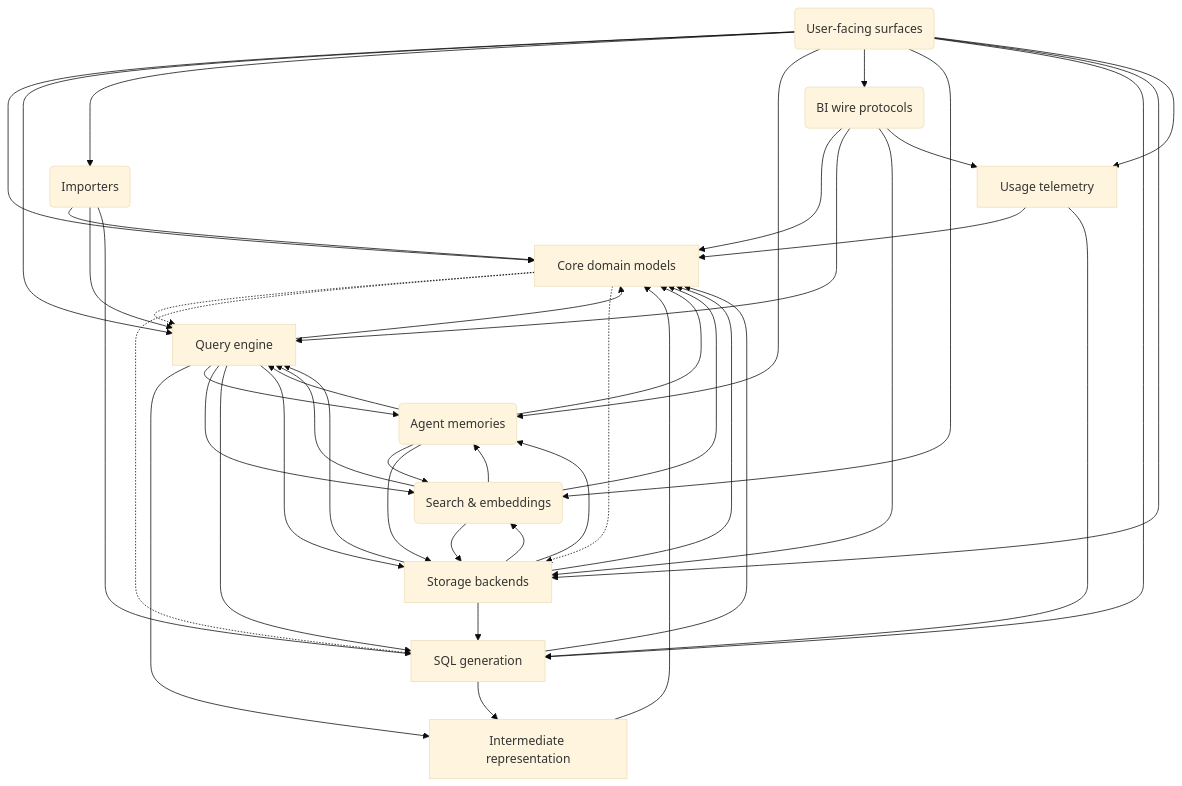
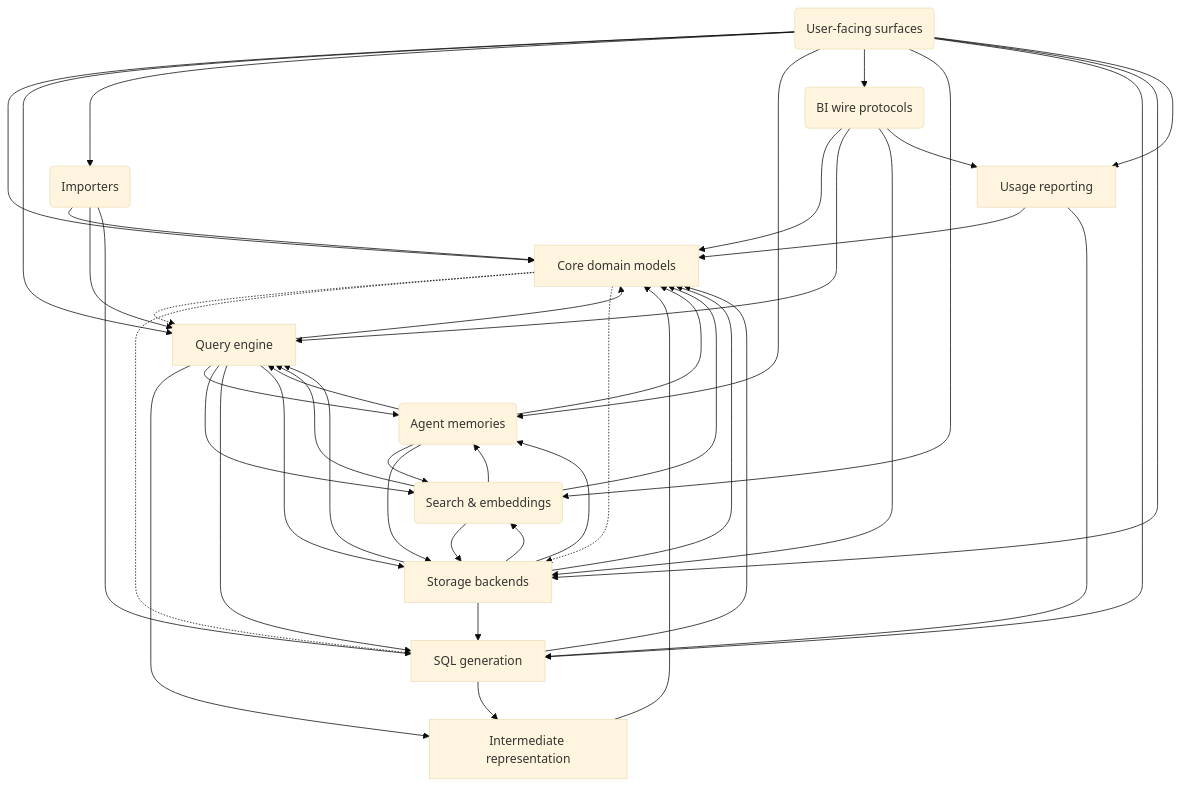
The diagram in architecture/system.arc42.md (MotleyAI/slayer), drawn with Mermaid (base theme) before and after one commit. The commit also changed other lines of this file and 41 other files, not shown here.

First line of the commit message:
Rename telemetry to usage reporting

````diff
--- a/architecture/system.arc42.md
+++ b/architecture/system.arc42.md
@@ -17,58 +17,58 @@
 ```mermaid
 flowchart TD
   %% landscape: SLayer landscape
   core["Core domain models"]
   sql["SQL generation"]
   engine["Query engine"]
   ir["Intermediate representation"]
   storage["Storage backends"]
   importers("Importers")
   search("Search & embeddings")
   memories("Agent memories")
   protocols("BI wire protocols")
-  telemetry["Usage telemetry"]
+  usage_reporting["Usage reporting"]
   surfaces("User-facing surfaces")
   core -.-> engine
   core -.-> sql
   core -.-> storage
   engine --> core
   engine --> ir
   engine --> memories
   engine --> search
   engine --> sql
   engine --> storage
   importers --> core
   importers --> engine
   importers --> sql
   ir --> core
   memories --> core
   memories --> engine
   memories --> search
   memories --> storage
   protocols --> core
   protocols --> engine
   protocols --> storage
   search --> core
   search --> engine
   search --> memories
   search --> storage
   sql --> core
   sql --> ir
   storage --> core
   storage --> engine
   storage --> memories
   storage --> search
   storage --> sql
   surfaces --> core
   surfaces --> engine
   surfaces --> importers
   surfaces --> memories
   surfaces --> protocols
   surfaces --> search
   surfaces --> sql
   surfaces --> storage
-  protocols --> telemetry
-  surfaces --> telemetry
-  telemetry --> core
-  telemetry --> sql
+  protocols --> usage_reporting
+  surfaces --> usage_reporting
+  usage_reporting --> core
+  usage_reporting --> sql
 ```
````
